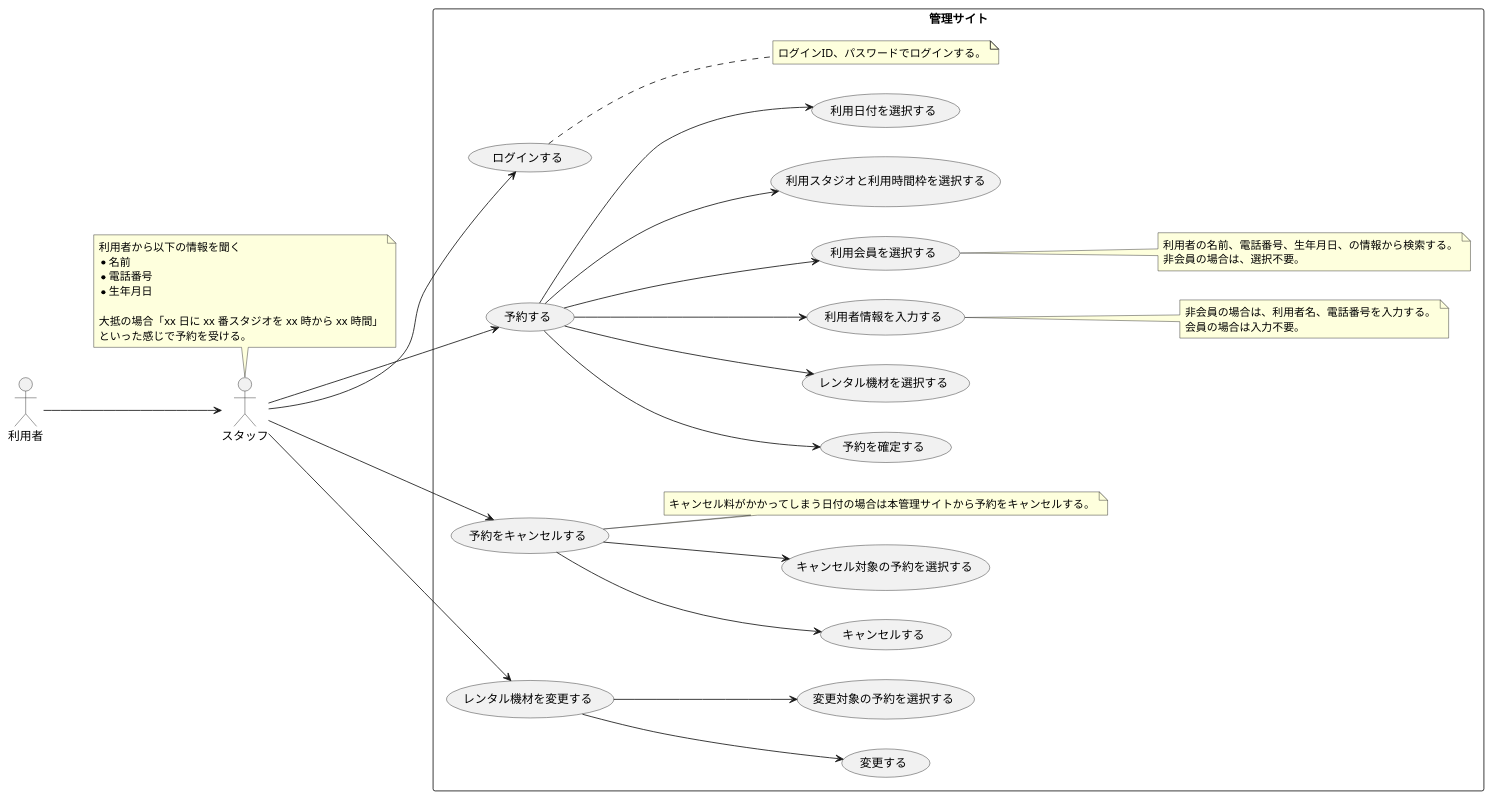
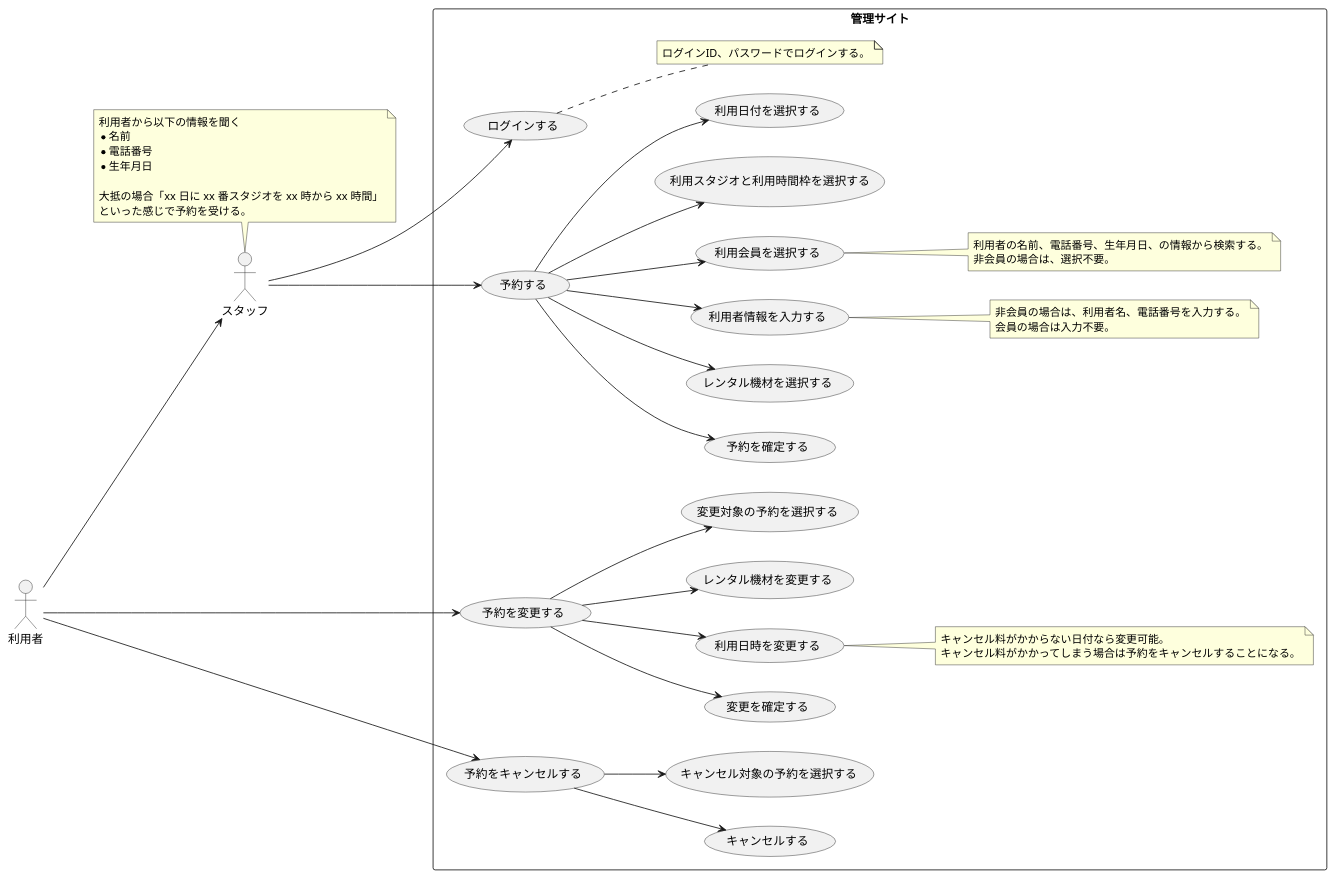
One commit to TakashiOnawa/ddd-practice-studio-reservation changed the diagram in modeling/05_Usecase_電話予約.pu. Above: the diagram before and after it, drawn with PlantUML. The commit also changed 13 other files, not shown here.

```diff
--- a/modeling/05_Usecase_電話予約.pu
+++ b/modeling/05_Usecase_電話予約.pu
@@ -1,57 +1,60 @@
 @startuml Usecase
 
 left to right direction
 
 actor 利用者
 actor スタッフ
 
 利用者 --> スタッフ
 
 note top of スタッフ
 利用者から以下の情報を聞く
 * 名前
 * 電話番号
 * 生年月日
 
 大抵の場合「xx 日に xx 番スタジオを xx 時から xx 時間」
 といった感じで予約を受ける。
 end note
 
 rectangle 管理サイト {
     スタッフ --> (ログインする)
     スタッフ --> (予約する)
     (予約する) --> (予約を確定する)
     (予約する) --> (レンタル機材を選択する)
     (予約する) --> (利用者情報を入力する)
     (予約する) --> (利用会員を選択する)
     (予約する) --> (利用スタジオと利用時間枠を選択する)
     (予約する) --> (利用日付を選択する)
 
     note right of (ログインする)
     ログインID、パスワードでログインする。
     end note
 
     note right of (利用会員を選択する)
     利用者の名前、電話番号、生年月日、の情報から検索する。
     非会員の場合は、選択不要。
     end note
 
     note right of (利用者情報を入力する)
     非会員の場合は、利用者名、電話番号を入力する。
     会員の場合は入力不要。
     end note
 
-    スタッフ --> (予約をキャンセルする)
+    利用者 --> (予約を変更する)
+    (予約を変更する) --> (変更を確定する)
+    (予約を変更する) --> (利用日時を変更する)
+    (予約を変更する) --> (レンタル機材を変更する)
+    (予約を変更する) --> (変更対象の予約を選択する)
+
+    note right of (利用日時を変更する)
+    キャンセル料がかからない日付なら変更可能。
+    キャンセル料がかかってしまう場合は予約をキャンセルすることになる。
+    end note
+
+    利用者 --> (予約をキャンセルする)
     (予約をキャンセルする) --> (キャンセルする)
     (予約をキャンセルする) --> (キャンセル対象の予約を選択する)
-
-    note right of (予約をキャンセルする)
-    キャンセル料がかかってしまう日付の場合は本管理サイトから予約をキャンセルする。
-    end note
-
-    スタッフ --> (レンタル機材を変更する)
-    (レンタル機材を変更する) --> (変更する)
-    (レンタル機材を変更する) --> (変更対象の予約を選択する)
 }
 
 @enduml
```
